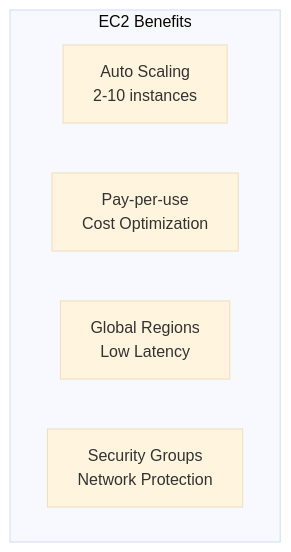
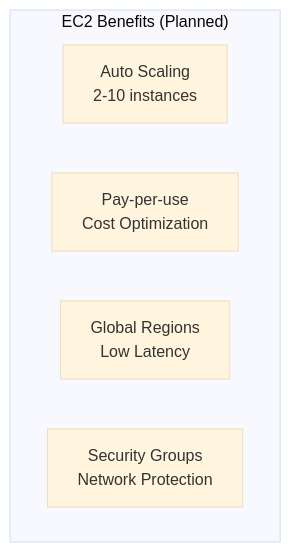
One commit to Fijula-Tech9/Smart-Expense-Tracker changed the third of 5 diagrams in DEPLOYMENT_GUIDE.md. Above: the diagram before and after it, drawn with Mermaid (base theme). The commit also changed other lines of this file and 28 other files, not shown here.

````diff
--- a/DEPLOYMENT_GUIDE.md
+++ b/DEPLOYMENT_GUIDE.md
@@ -436,9 +513,9 @@
 ```mermaid
 graph TB
-    subgraph "EC2 Benefits"
+    subgraph "EC2 Benefits (Planned)"
         SCALE[Auto Scaling<br/>2-10 instances]
         COST[Pay-per-use<br/>Cost Optimization]
         GLOBAL[Global Regions<br/>Low Latency]
         SECURE[Security Groups<br/>Network Protection]
     end
 ```
````
